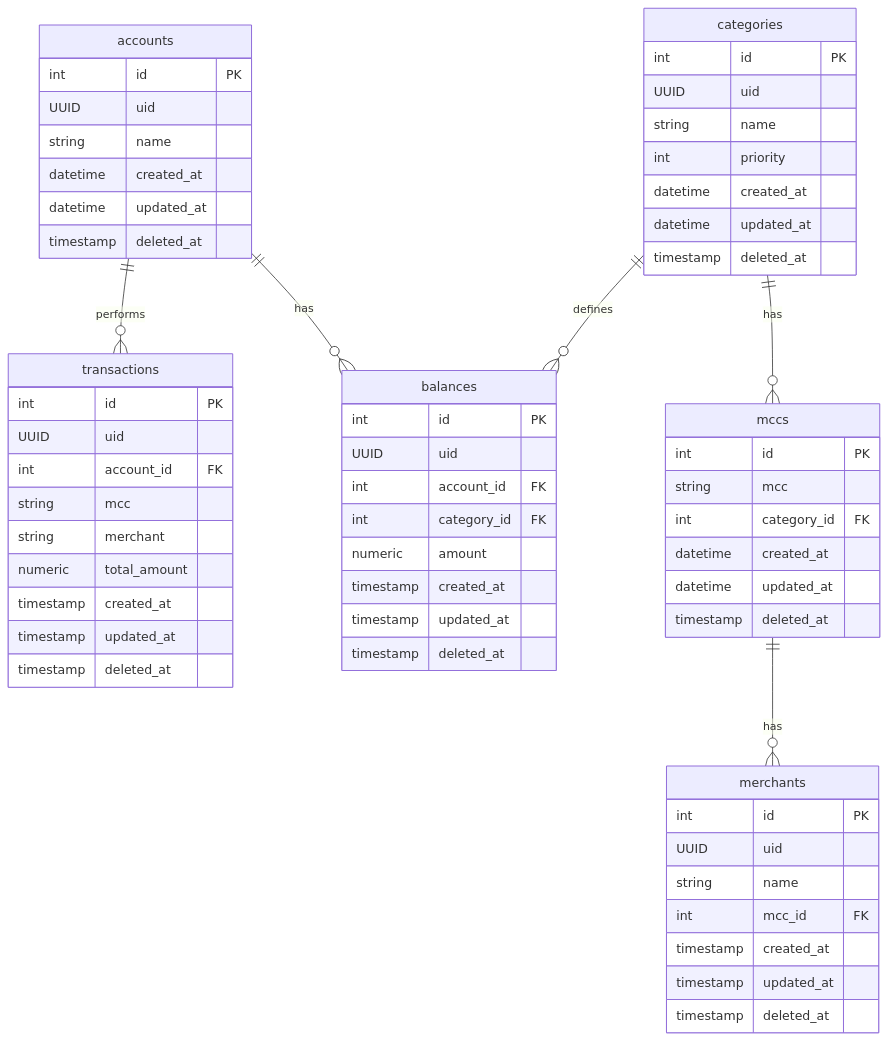
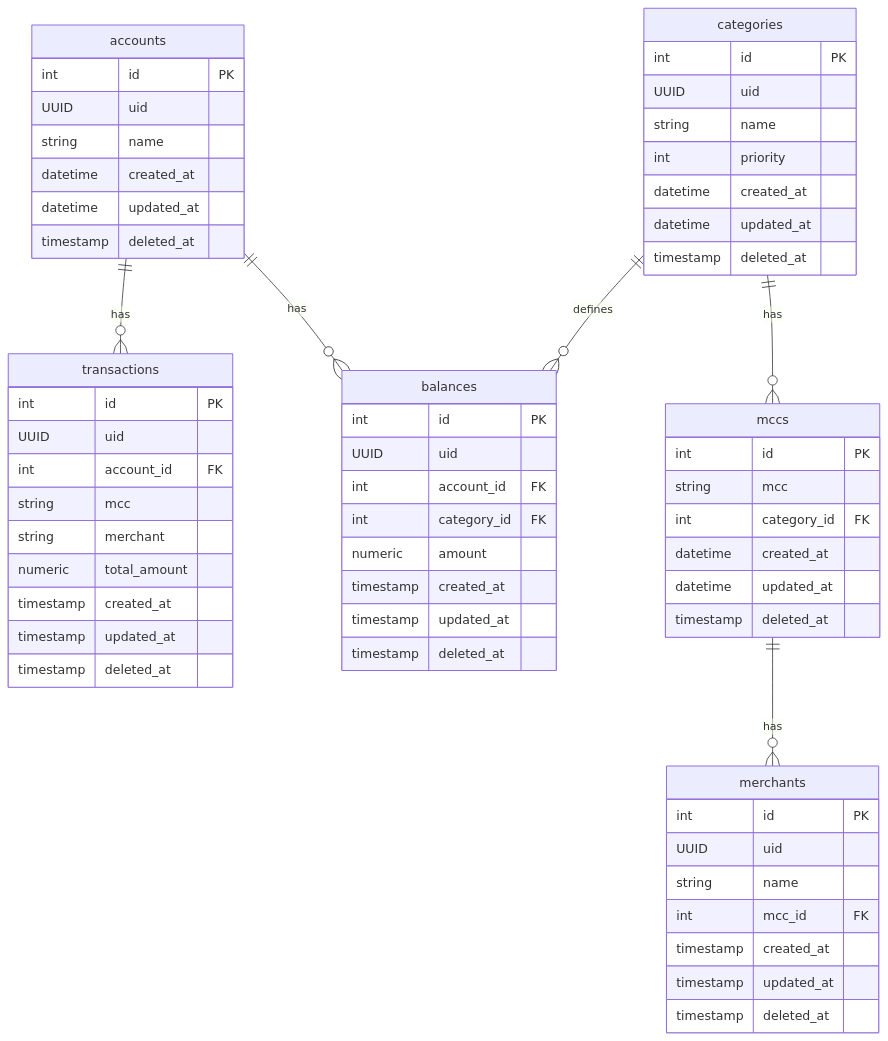
The first of 2 diagrams in docs/architecture/decisions/0004-banco-relacional-modelado-de-maneira-orientada-a-eventos.md (jtonynet/go-payments-api), drawn with Mermaid before and after one commit. The commit also changed other lines of this file and 22 other files, not shown here.

````diff
--- a/docs/architecture/decisions/0004-banco-relacional-modelado-de-maneira-orientada-a-eventos.md
+++ b/docs/architecture/decisions/0004-banco-relacional-modelado-de-maneira-orientada-a-eventos.md
@@ -16,71 +16,71 @@
 ```mermaid
 erDiagram
 
     accounts {
         int id PK
         UUID uid
         string name
         datetime created_at
         datetime updated_at
         timestamp deleted_at
     }
 
     balances {
         int id PK
         UUID uid
         int account_id FK
         int category_id FK
         numeric amount
         timestamp created_at
         timestamp updated_at
         timestamp deleted_at
     }
 
     transactions {
         int id PK
         UUID uid
         int account_id FK
         string mcc
         string merchant
         numeric total_amount
         timestamp created_at
         timestamp updated_at
         timestamp deleted_at
     }
     
     merchants {
         int id PK
         UUID uid
         string name
         int mcc_id FK
         timestamp created_at
         timestamp updated_at
         timestamp deleted_at
     }
 
    mccs {
         int id PK
         string mcc
         int category_id FK
         datetime created_at
         datetime updated_at
         timestamp deleted_at
     }
 
     categories {
         int id PK
         UUID uid
         string name
         int priority
         datetime created_at
         datetime updated_at
         timestamp deleted_at
     }
 
     categories ||--o{ balances : defines
-    accounts ||--o{ transactions : performs
+    accounts ||--o{ transactions : has
     categories ||--o{ mccs : has
     accounts ||--o{ balances : has
     mccs ||--o{ merchants : has
 
 ```
````
